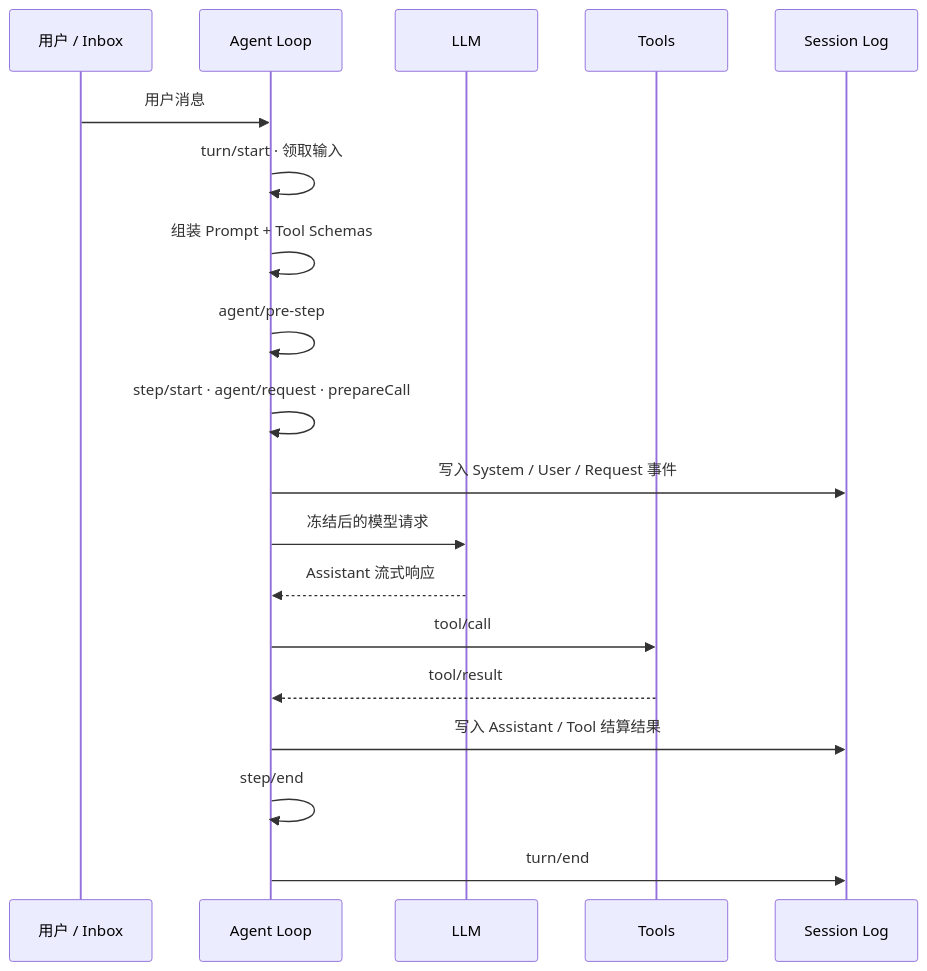
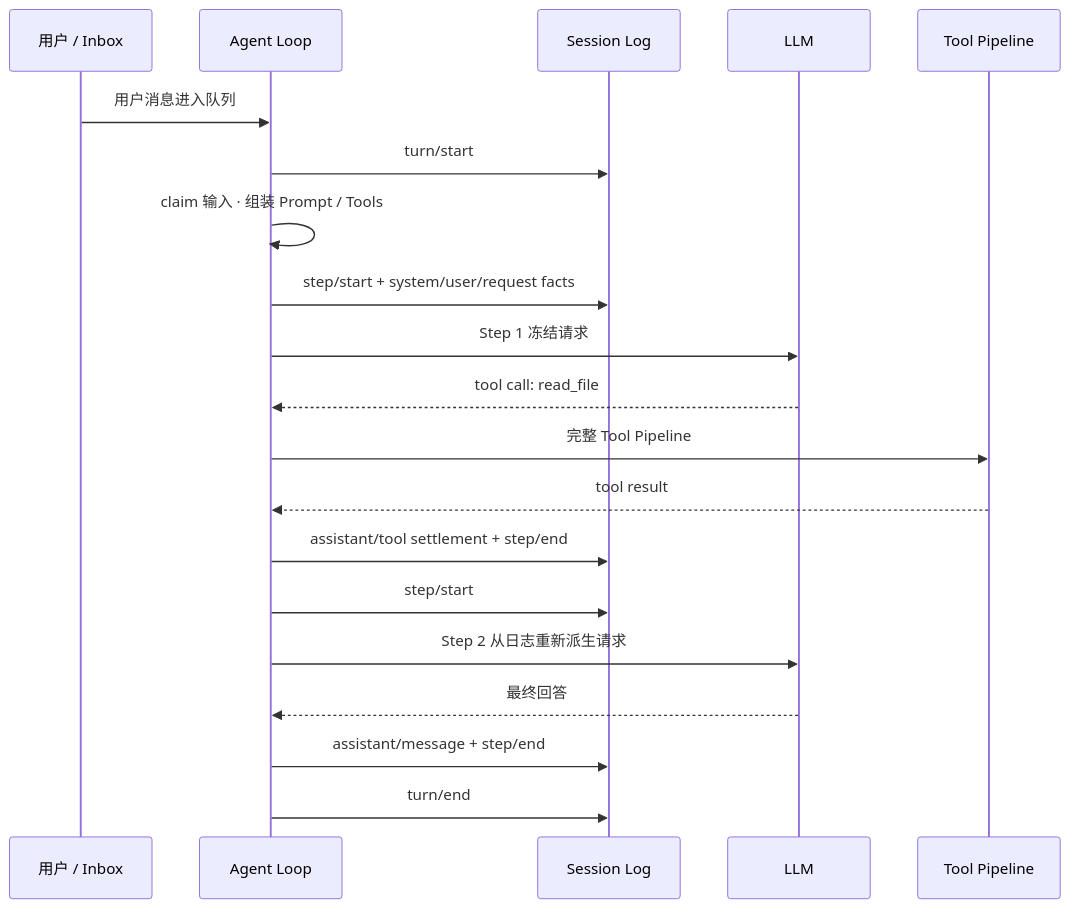
Before and after one commit to 0326/dsh-plugin-market: the diagram in src/react-app/content/whitepaper/v0.1.5-rc.2/04-runtime.md, drawn with Mermaid. The commit also changed other lines of this file, not shown here.

Commit message:
docs(whitepaper): deepen agent runtime walkthrough

````diff
--- a/src/react-app/content/whitepaper/v0.1.5-rc.2/04-runtime.md
+++ b/src/react-app/content/whitepaper/v0.1.5-rc.2/04-runtime.md
@@ -21,21 +25,23 @@
 ```mermaid id=turn-flow
 sequenceDiagram
   participant U as 用户 / Inbox
   participant A as Agent Loop
+  participant S as Session Log
   participant L as LLM
-  participant T as Tools
-  participant S as Session Log
-  U->>A: 用户消息
-  A->>A: turn/start · 领取输入
-  A->>A: 组装 Prompt + Tool Schemas
-  A->>A: agent/pre-step
-  A->>A: step/start · agent/request · prepareCall
-  A->>S: 写入 System / User / Request 事件
-  A->>L: 冻结后的模型请求
-  L-->>A: Assistant 流式响应
-  A->>T: tool/call
-  T-->>A: tool/result
-  A->>S: 写入 Assistant / Tool 结算结果
-  A->>A: step/end
+  participant T as Tool Pipeline
+
+  U->>A: 用户消息进入队列
+  A->>S: turn/start
+  A->>A: claim 输入 · 组装 Prompt / Tools
+  A->>S: step/start + system/user/request facts
+  A->>L: Step 1 冻结请求
+  L-->>A: tool call: read_file
+  A->>T: 完整 Tool Pipeline
+  T-->>A: tool result
+  A->>S: assistant/tool settlement + step/end
+  A->>S: step/start
+  A->>L: Step 2 从日志重新派生请求
+  L-->>A: 最终回答
+  A->>S: assistant/message + step/end
   A->>S: turn/end
 ```
````
